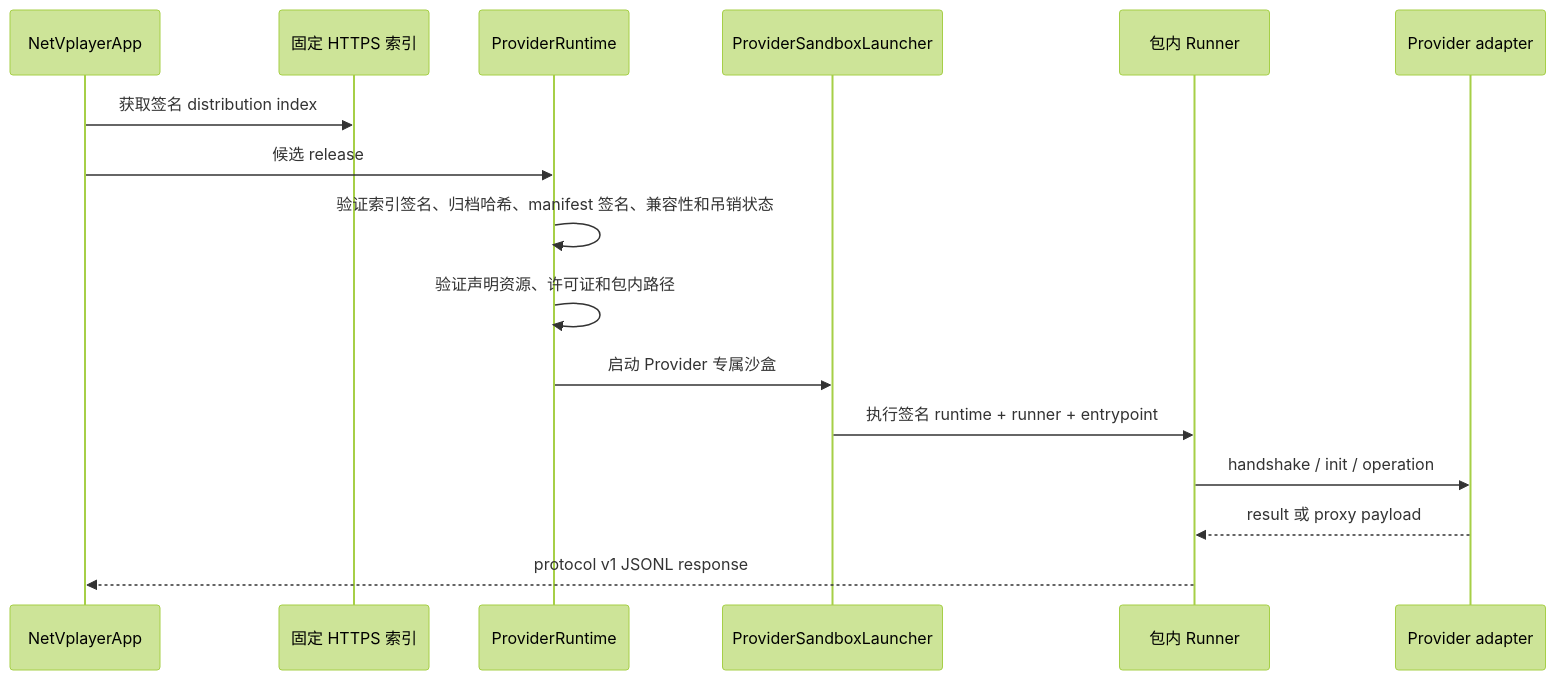
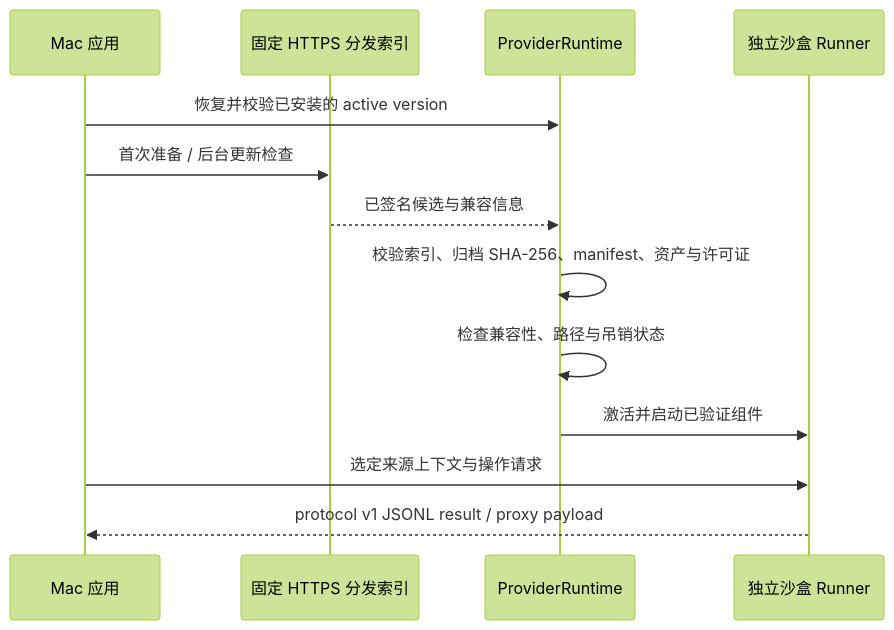
Before and after one commit to spudhero/NetVplayer: the second of 2 diagrams in ARCHITECTURE.md, drawn with Mermaid (forest theme). The commit also changed other lines of this file and 25 other files, not shown here.

Commit message:
docs: introduce the complete NetVplayer experience

````diff
--- a/ARCHITECTURE.md
+++ b/ARCHITECTURE.md
@@ -89,19 +83,15 @@
 ```mermaid
 sequenceDiagram
-    participant App as NetVplayerApp
-    participant Index as 固定 HTTPS 索引
+    participant App as Mac 应用
+    participant Index as 固定 HTTPS 分发索引
     participant Runtime as ProviderRuntime
-    participant Sandbox as ProviderSandboxLauncher
-    participant Runner as 包内 Runner
-    participant Provider as Provider adapter
-
-    App->>Index: 获取签名 distribution index
-    App->>Runtime: 候选 release
-    Runtime->>Runtime: 验证索引签名、归档哈希、manifest 签名、兼容性和吊销状态
-    Runtime->>Runtime: 验证声明资源、许可证和包内路径
-    Runtime->>Sandbox: 启动 Provider 专属沙盒
-    Sandbox->>Runner: 执行签名 runtime + runner + entrypoint
-    Runner->>Provider: handshake / init / operation
-    Provider-->>Runner: result 或 proxy payload
-    Runner-->>App: protocol v1 JSONL response
+    participant Sandbox as 独立沙盒 Runner
+    App->>Runtime: 恢复并校验已安装的 active version
+    App->>Index: 首次准备 / 后台更新检查
+    Index-->>Runtime: 已签名候选与兼容信息
+    Runtime->>Runtime: 校验索引、归档 SHA-256、manifest、资产与许可证
+    Runtime->>Runtime: 检查兼容性、路径与吊销状态
+    Runtime->>Sandbox: 激活并启动已验证组件
+    App->>Sandbox: 选定来源上下文与操作请求
+    Sandbox-->>App: protocol v1 JSONL result / proxy payload
 ```
````
